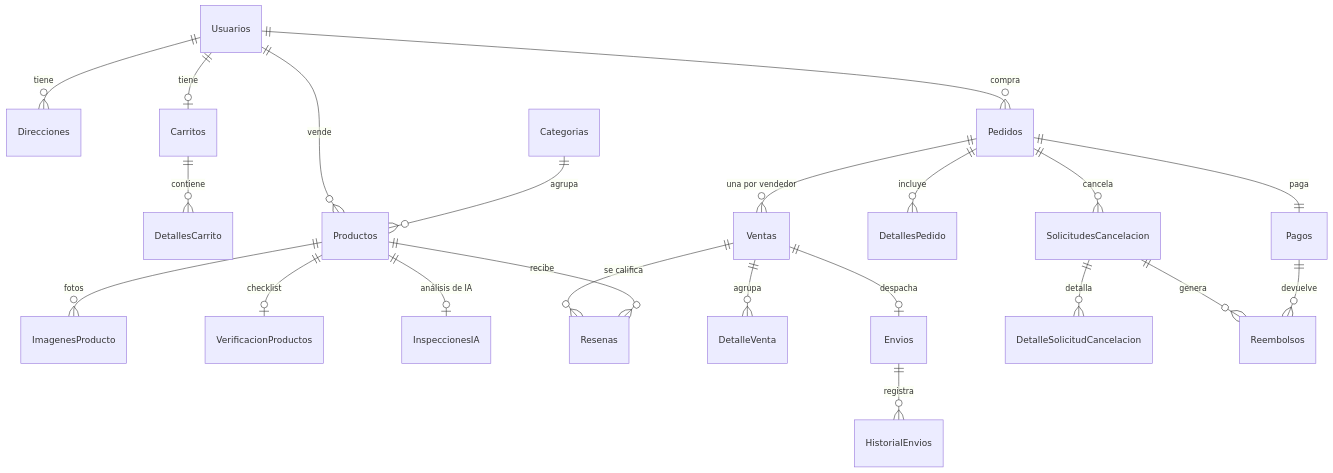
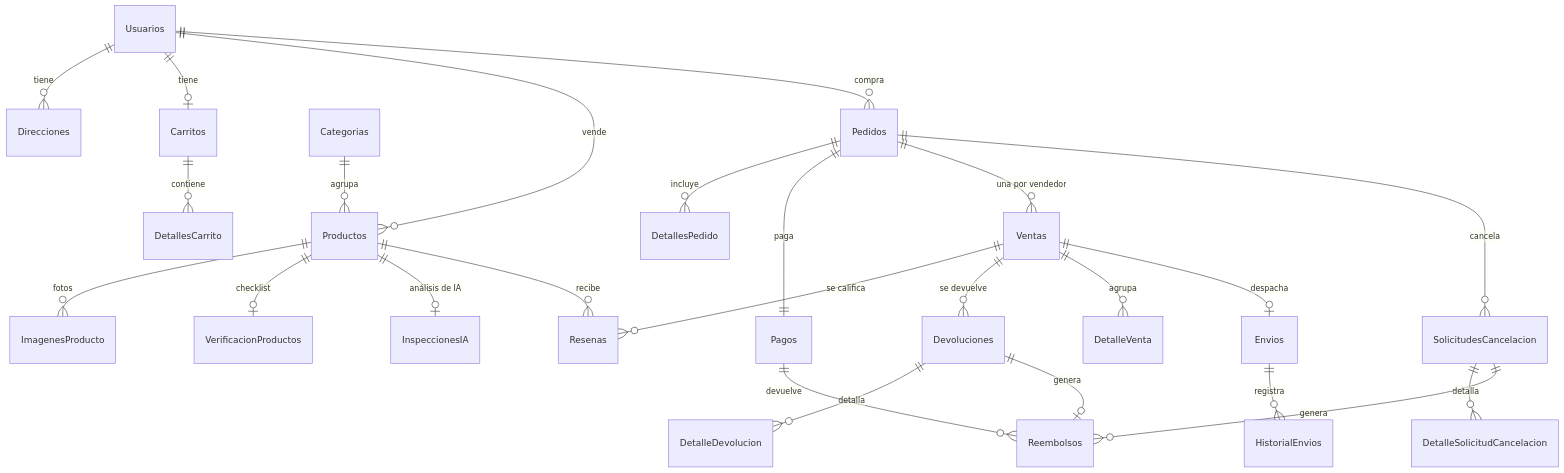
Before and after one commit to alejo7762-coder/ElectroMarket: the diagram in database/README.md, drawn with Mermaid. The commit also changed other lines of this file and 33 other files, not shown here.

````diff
--- a/database/README.md
+++ b/database/README.md
@@ -20,24 +21,27 @@
 ```mermaid
 erDiagram
     Usuarios ||--o{ Direcciones : tiene
     Usuarios ||--o| Carritos : tiene
     Carritos ||--o{ DetallesCarrito : contiene
     Usuarios ||--o{ Productos : vende
     Categorias ||--o{ Productos : agrupa
     Productos ||--o{ ImagenesProducto : fotos
     Productos ||--o| VerificacionProductos : checklist
     Productos ||--o| InspeccionesIA : "análisis de IA"
     Ventas ||--o{ Resenas : "se califica"
+    Ventas ||--o{ Devoluciones : "se devuelve"
+    Devoluciones ||--o{ DetalleDevolucion : detalla
+    Devoluciones ||--o| Reembolsos : genera
     Productos ||--o{ Resenas : recibe
     Usuarios ||--o{ Pedidos : compra
     Pedidos ||--o{ DetallesPedido : incluye
     Pedidos ||--|| Pagos : paga
     Pedidos ||--o{ Ventas : "una por vendedor"
     Ventas ||--o{ DetalleVenta : agrupa
     Ventas ||--o| Envios : despacha
     Envios ||--o{ HistorialEnvios : registra
     Pedidos ||--o{ SolicitudesCancelacion : cancela
     SolicitudesCancelacion ||--o{ DetalleSolicitudCancelacion : detalla
     SolicitudesCancelacion ||--o{ Reembolsos : genera
     Pagos ||--o{ Reembolsos : devuelve
 ```
````
